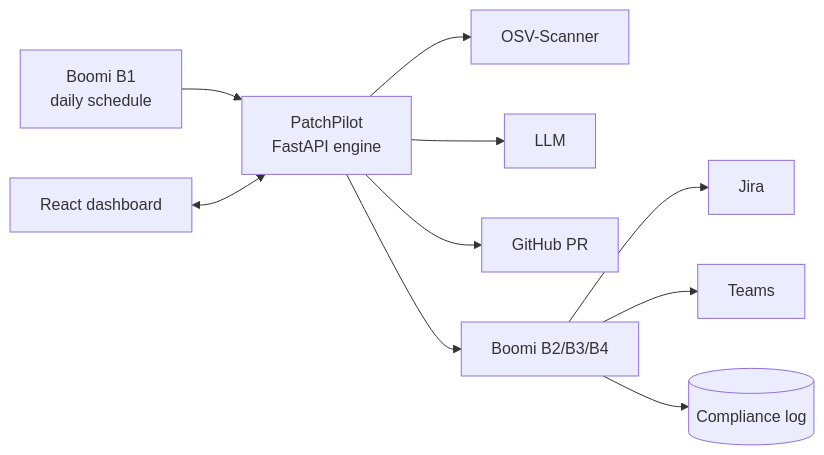
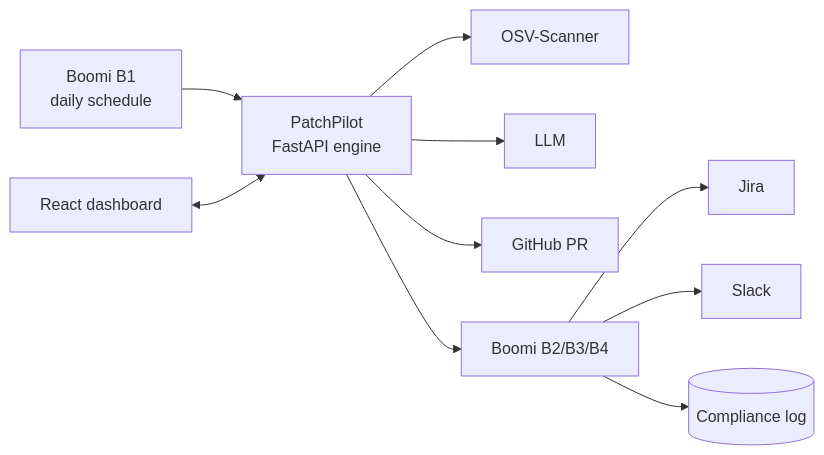
One commit to BommepalliRoop/patchpilot-dryrun changed the diagram in README.md. Above: the diagram before and after it, drawn with Mermaid. The commit also changed other lines of this file and 23 other files, not shown here.

First line of the commit message:
Use Slack instead of Microsoft Teams for alerts and summaries

````diff
--- a/README.md
+++ b/README.md
@@ -21,12 +21,12 @@
 ```mermaid
 flowchart LR
     B1[Boomi B1<br/>daily schedule] --> API[PatchPilot<br/>FastAPI engine]
     UI[React dashboard] <--> API
     API --> OSV[OSV-Scanner]
     API --> LLM[LLM]
     API --> GH[GitHub PR]
     API --> B2[Boomi B2/B3/B4]
     B2 --> J[Jira]
-    B2 --> T[Teams]
+    B2 --> T[Slack]
     B2 --> L[(Compliance log)]
 ```
````
